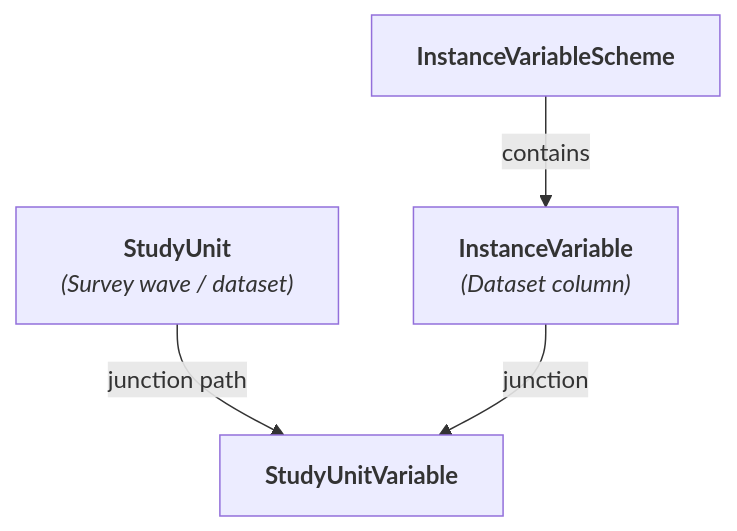
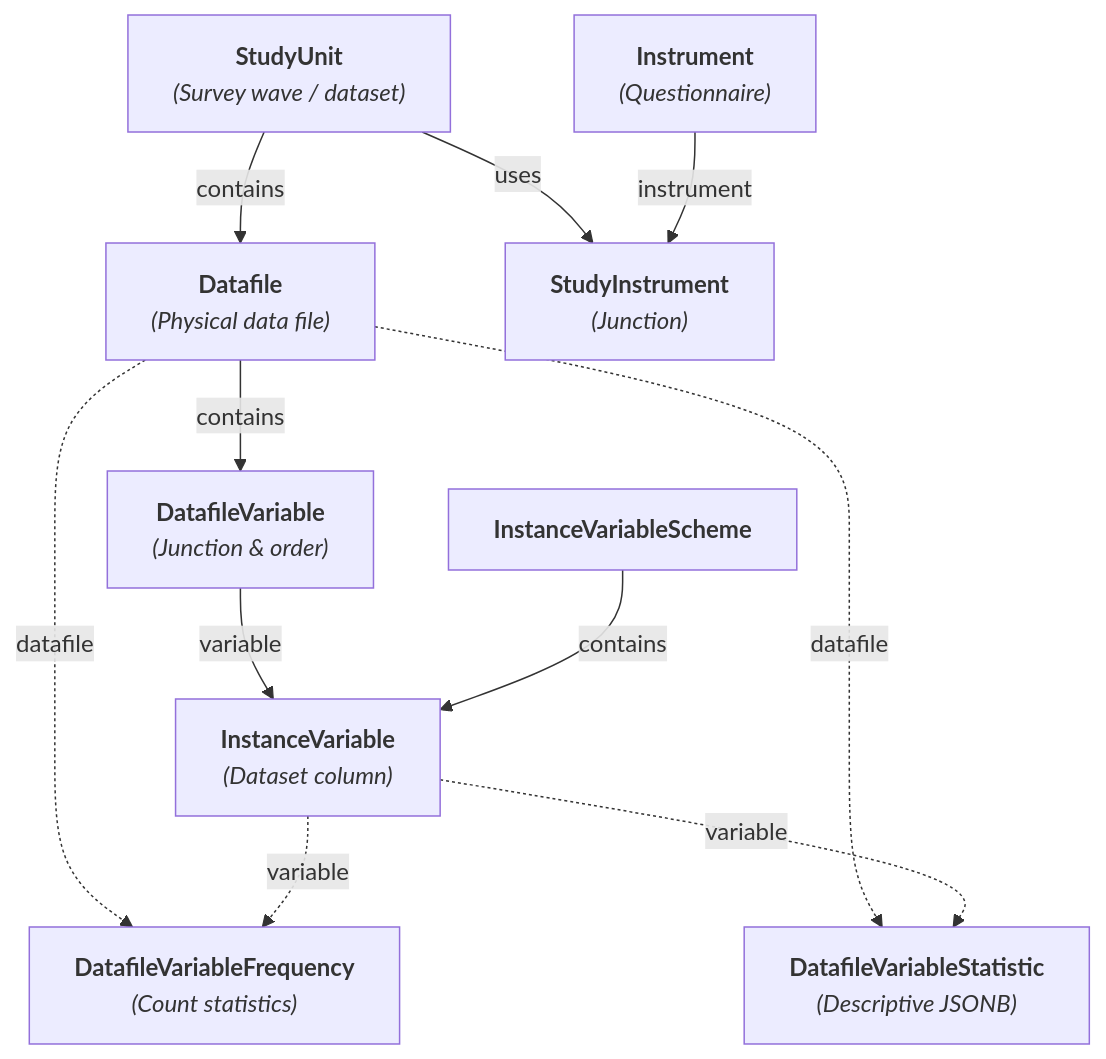
The third of 5 diagrams in deliverables/research/database.md (PlgaH/fairwddi-wp3-3), drawn with Mermaid before and after one commit. The commit also changed other lines of this file and 16 other files, not shown here.

Commit message:
feat: add data file models, statistics, and instrument associations to dataset layer

````diff
--- a/deliverables/research/database.md
+++ b/deliverables/research/database.md
@@ -507,6 +507,13 @@
 ```mermaid
 graph TD
-    SU["<b>StudyUnit</b><br/><i>(Survey wave / dataset)</i>"] -->|junction path| SUV["<b>StudyUnitVariable</b>"]
-    IVS["<b>InstanceVariableScheme</b>"] -->|contains| IV["<b>InstanceVariable</b><br/><i>(Dataset column)</i>"]
-    IV -->|junction| SUV
+    SU["<b>StudyUnit</b><br/><i>(Survey wave / dataset)</i>"] -->|contains| DF["<b>Datafile</b><br/><i>(Physical data file)</i>"]
+    DF -->|contains| DV["<b>DatafileVariable</b><br/><i>(Junction & order)</i>"]
+    DV -->|variable| IV["<b>InstanceVariable</b><br/><i>(Dataset column)</i>"]
+    IVS["<b>InstanceVariableScheme</b>"] -->|contains| IV
+    DF -.->|datafile| DVF["<b>DatafileVariableFrequency</b><br/><i>(Count statistics)</i>"]
+    IV -.->|variable| DVF
+    DF -.->|datafile| DVS["<b>DatafileVariableStatistic</b><br/><i>(Descriptive JSONB)</i>"]
+    IV -.->|variable| DVS
+    SU -->|uses| SI["<b>StudyInstrument</b><br/><i>(Junction)</i>"]
+    Inst["<b>Instrument</b><br/><i>(Questionnaire)</i>"] -->|instrument| SI
 ```
````
